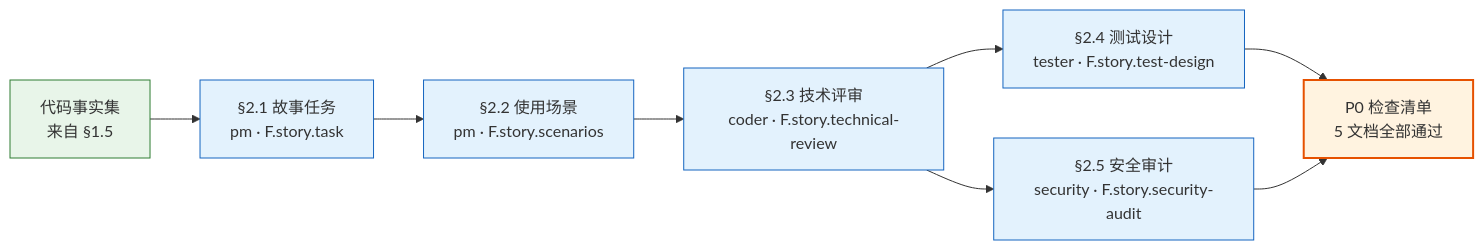
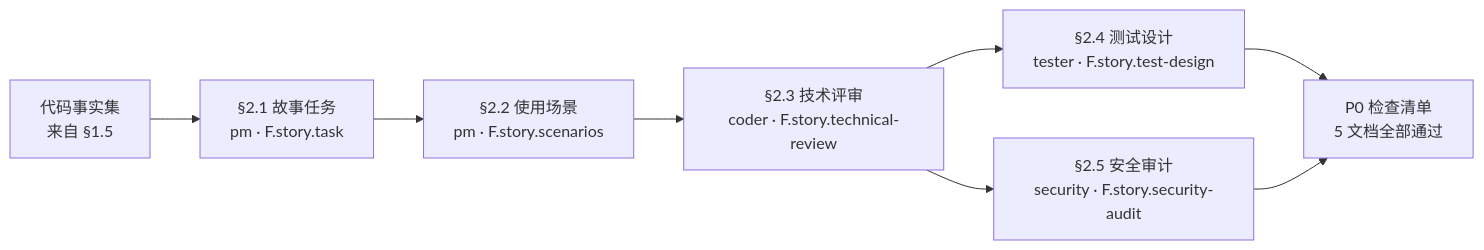
Diagram 16 of 17 in skills/rui/SKILL.md (effiy/YrY), drawn with Mermaid before and after one commit. The commit also changed other lines of this file and 61 other files, not shown here.

````diff
--- a/skills/rui/SKILL.md
+++ b/skills/rui/SKILL.md
@@ -890,14 +901,11 @@
 ```mermaid
 flowchart LR
     FACTS["代码事实集<br/>来自 §1.5"]:::input --> D1["§2.1 故事任务<br/>pm · F.story.task"]:::doc
     D1 --> D2["§2.2 使用场景<br/>pm · F.story.scenarios"]:::doc
     D2 --> D3["§2.3 技术评审<br/>coder · F.story.technical-review"]:::doc
     D3 --> D4["§2.4 测试设计<br/>tester · F.story.test-design"]:::doc
     D3 --> D5["§2.5 安全审计<br/>security · F.story.security-audit"]:::doc
     D4 --> CHECK["P0 检查清单<br/>5 文档全部通过"]:::gate
     D5 --> CHECK
 
-    classDef input fill:#e8f5e9,stroke:#2e7d32;
-    classDef doc fill:#e3f2fd,stroke:#1565c0;
-    classDef gate fill:#fff3e0,stroke:#e65100,stroke-width:2px;
 ```
````
